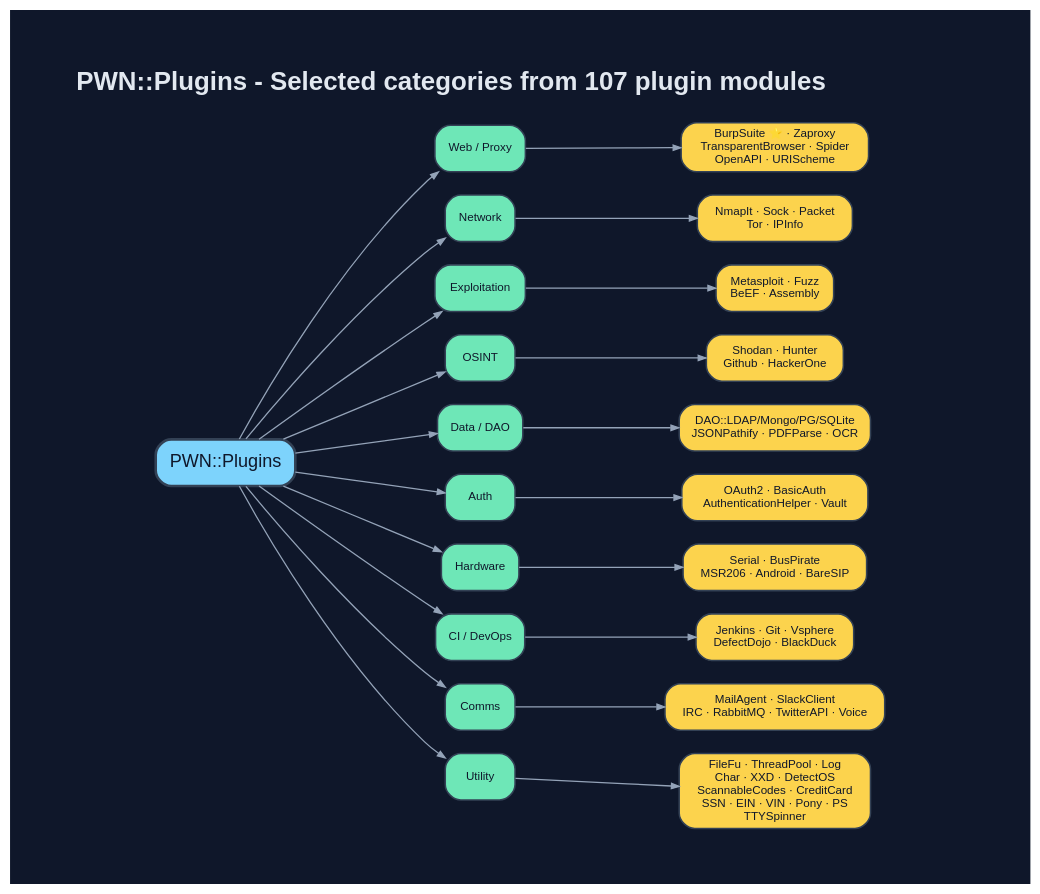
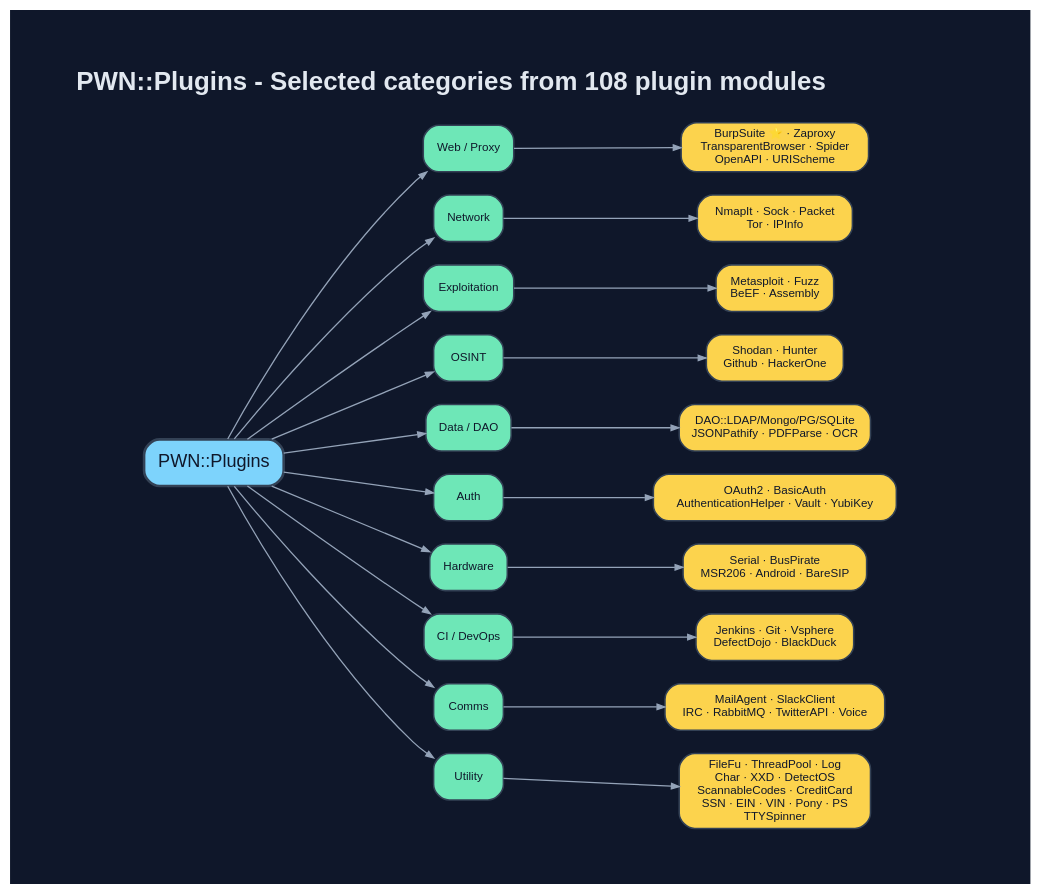
Before and after one commit to 0dayInc/pwn: the diagram in documentation/diagrams/dot/plugin-ecosystem.dot, drawn with Graphviz. The commit also changed 136 other files, not shown here.

Commit message:
`pwn-ai` - implement sandboxed writes to disk, implement YubiKey compatibility within PWN, and upgrade to latest Ruby stable 4.0.9

```diff
--- a/documentation/diagrams/dot/plugin-ecosystem.dot
+++ b/documentation/diagrams/dot/plugin-ecosystem.dot
@@ -1,45 +1,45 @@
 digraph "PWN_Plugins" {
   graph [
-    label=<<B>PWN::Plugins - Selected categories from 107 plugin modules</B>>,
+    label=<<B>PWN::Plugins - Selected categories from 108 plugin modules</B>>,
     labelloc=t, fontsize=20, fontname="Helvetica",
     rankdir=LR, splines=spline, nodesep=0.25, ranksep=1.5,
     bgcolor="#0f172a", fontcolor="#e2e8f0", pad=0.6, newrank=true
   ];
   node [fontname="Helvetica", fontsize=9, style="filled,rounded",
         shape=box, penwidth=1.2, color="#334155", fontcolor="#0f172a"];
   edge [color="#94a3b8", penwidth=1.0, arrowsize=0.6];
 
   Root [label="PWN::Plugins", fillcolor="#7dd3fc", fontsize=14, penwidth=2];
 
   subgraph cluster_cat {
     label=""; style=invis;
     Web  [label="Web / Proxy",   fillcolor="#6ee7b7"];
     Net  [label="Network",       fillcolor="#6ee7b7"];
     Xpl  [label="Exploitation",  fillcolor="#6ee7b7"];
     Osint[label="OSINT",         fillcolor="#6ee7b7"];
     Data [label="Data / DAO",    fillcolor="#6ee7b7"];
     Auth [label="Auth",          fillcolor="#6ee7b7"];
     HW   [label="Hardware",      fillcolor="#6ee7b7"];
     CI   [label="CI / DevOps",   fillcolor="#6ee7b7"];
     Comm [label="Comms",         fillcolor="#6ee7b7"];
     Util [label="Utility",       fillcolor="#6ee7b7"];
   }
   {rank=same; Web; Net; Xpl; Osint; Data; Auth; HW; CI; Comm; Util}
 
   node [fillcolor="#fcd34d"];
   w  [label="BurpSuite ⭐ · Zaproxy\nTransparentBrowser · Spider\nOpenAPI · URIScheme"];
   n  [label="NmapIt · Sock · Packet\nTor · IPInfo"];
   x  [label="Metasploit · Fuzz\nBeEF · Assembly"];
   o  [label="Shodan · Hunter\nGithub · HackerOne"];
   d  [label="DAO::LDAP/Mongo/PG/SQLite\nJSONPathify · PDFParse · OCR"];
-  a  [label="OAuth2 · BasicAuth\nAuthenticationHelper · Vault"];
+  a  [label="OAuth2 · BasicAuth\nAuthenticationHelper · Vault · YubiKey"];
   h  [label="Serial · BusPirate\nMSR206 · Android · BareSIP"];
   c  [label="Jenkins · Git · Vsphere\nDefectDojo · BlackDuck"];
   m  [label="MailAgent · SlackClient\nIRC · RabbitMQ · TwitterAPI · Voice"];
   u  [label="FileFu · ThreadPool · Log\nChar · XXD · DetectOS\nScannableCodes · CreditCard\nSSN · EIN · VIN · Pony · PS\nTTYSpinner"];
 
   Root->Web; Root->Net; Root->Xpl; Root->Osint; Root->Data;
   Root->Auth; Root->HW; Root->CI; Root->Comm; Root->Util;
   Web->w; Net->n; Xpl->x; Osint->o; Data->d;
   Auth->a; HW->h; CI->c; Comm->m; Util->u;
 }
```
